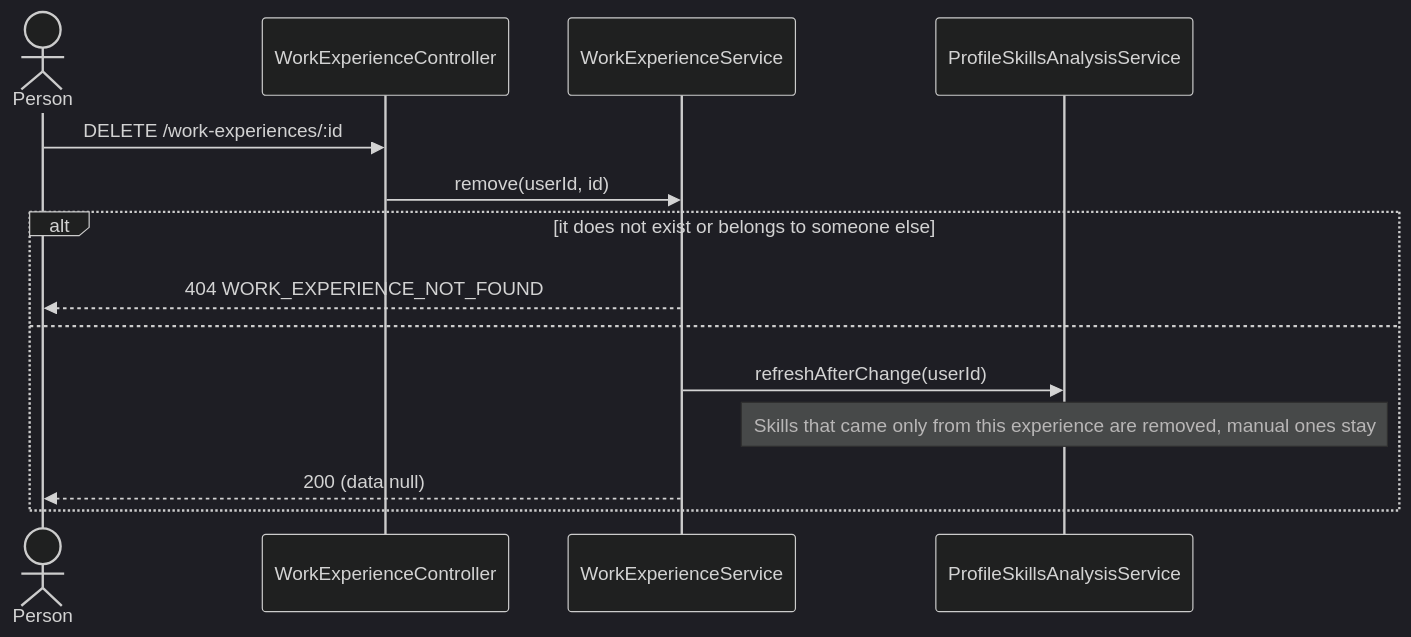
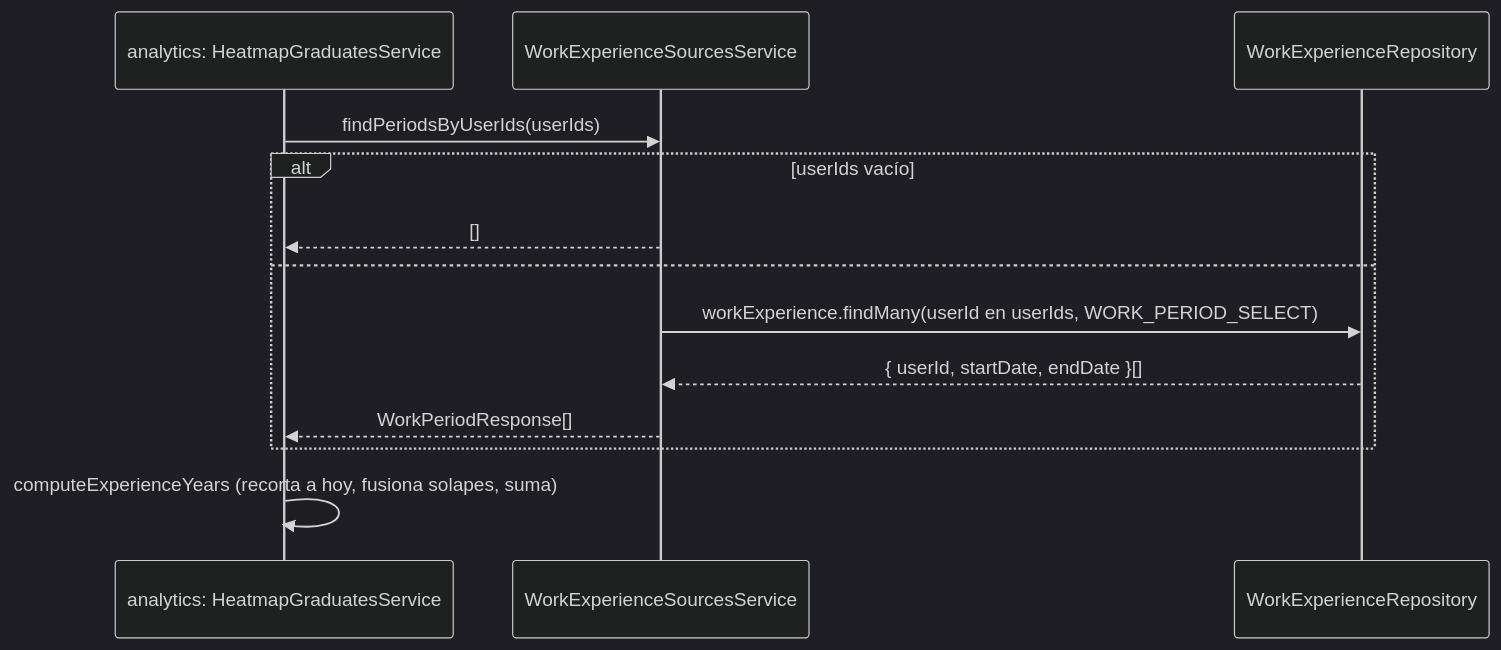
Before and after one commit to UMSSY/umssy-app: the second of 2 diagrams in docs/work-experience/README.md, drawn with Mermaid (dark theme). The commit also changed other lines of this file and 521 other files, not shown here.

Commit message:
refactor(analytics): consolidate heatmap contracts and mail constants

````diff
--- a/docs/work-experience/README.md
+++ b/docs/work-experience/README.md
@@ -87,16 +24,15 @@
 ```mermaid
 sequenceDiagram
-  actor U as Person
-  participant C as WorkExperienceController
-  participant S as WorkExperienceService
-  participant N as ProfileSkillsAnalysisService
-  U->>C: DELETE /work-experiences/:id
-  C->>S: remove(userId, id)
-  alt it does not exist or belongs to someone else
-    S-->>U: 404 WORK_EXPERIENCE_NOT_FOUND
+  participant AN as analytics: HeatmapGraduatesService
+  participant S as WorkExperienceSourcesService
+  participant R as WorkExperienceRepository
+  AN->>S: findPeriodsByUserIds(userIds)
+  alt userIds vacío
+    S-->>AN: []
   else
-    S->>N: refreshAfterChange(userId)
-    Note over N: Skills that came only from this experience are removed, manual ones stay
-    S-->>U: 200 (data null)
+    S->>R: workExperience.findMany(userId en userIds, WORK_PERIOD_SELECT)
+    R-->>S: { userId, startDate, endDate }[]
+    S-->>AN: WorkPeriodResponse[]
   end
+  AN->>AN: computeExperienceYears (recorta a hoy, fusiona solapes, suma)
 ```
````
